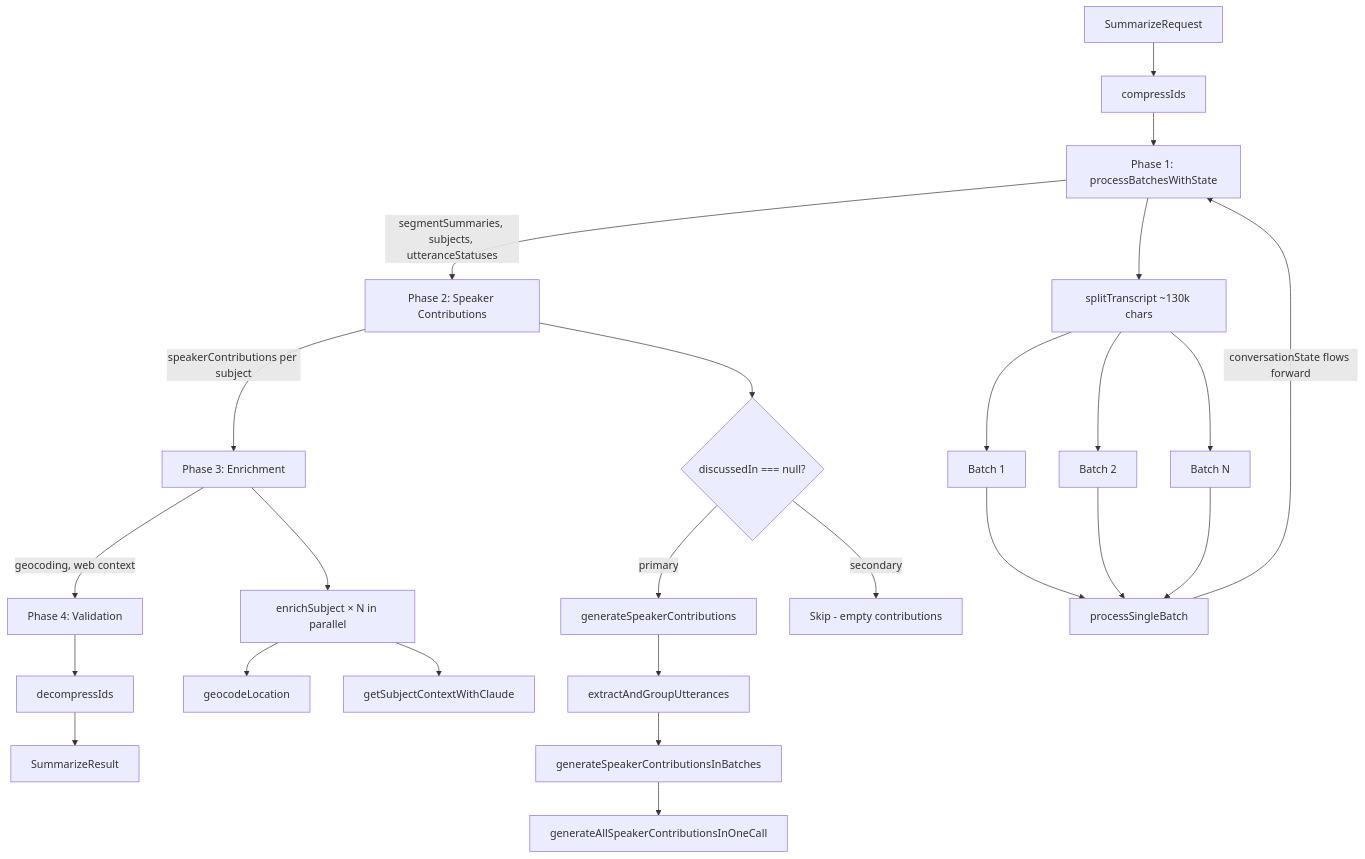
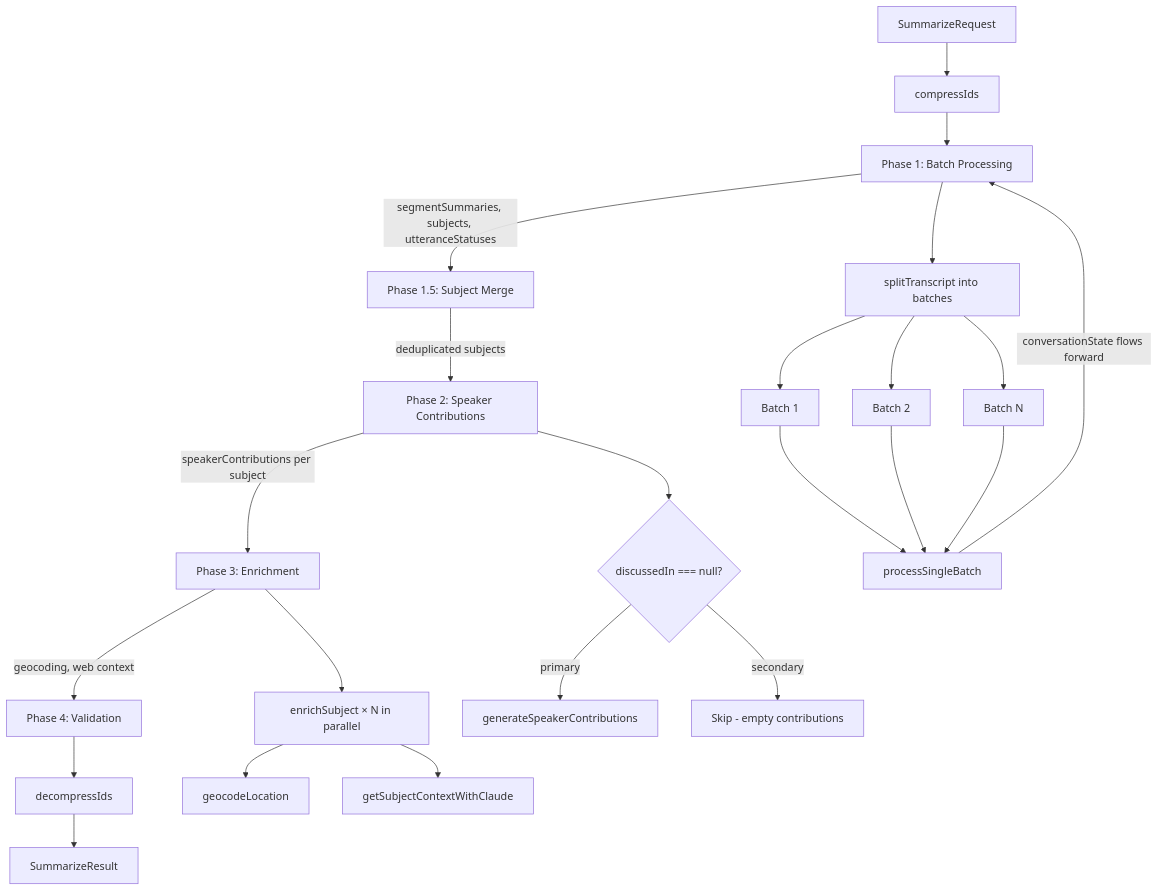
The diagram in docs/summarize.md (schemalabz/opencouncil-tasks), drawn with Mermaid before and after one commit. The commit also changed other lines of this file and 11 other files, not shown here.

````diff
--- a/docs/summarize.md
+++ b/docs/summarize.md
@@ -17,30 +11,28 @@
 ```mermaid
 flowchart TD
   A[SummarizeRequest] --> B[compressIds]
-  B --> C[Phase 1: processBatchesWithState]
-  C --> |segmentSummaries, subjects, utteranceStatuses| D[Phase 2: Speaker Contributions]
+  B --> C[Phase 1: Batch Processing]
+  C --> |segmentSummaries, subjects, utteranceStatuses| M[Phase 1.5: Subject Merge]
+  M --> |deduplicated subjects| D[Phase 2: Speaker Contributions]
   D --> |speakerContributions per subject| E[Phase 3: Enrichment]
   E --> |geocoding, web context| F[Phase 4: Validation]
   F --> G[decompressIds]
   G --> H[SummarizeResult]
 
-  C --> C1[splitTranscript ~130k chars]
+  C --> C1[splitTranscript into batches]
   C1 --> C2[Batch 1]
   C1 --> C3[Batch 2]
   C1 --> C4[Batch N]
   C2 --> C5[processSingleBatch]
   C3 --> C5
   C4 --> C5
   C5 --> |conversationState flows forward| C
 
   D --> D1{discussedIn === null?}
   D1 -- primary --> D2[generateSpeakerContributions]
   D1 -- secondary --> D3[Skip - empty contributions]
-  D2 --> D4[extractAndGroupUtterances]
-  D4 --> D5[generateSpeakerContributionsInBatches]
-  D5 --> D6[generateAllSpeakerContributionsInOneCall]
 
   E --> E1[enrichSubject × N in parallel]
   E1 --> E2[geocodeLocation]
   E1 --> E3[getSubjectContextWithClaude]
 ```
````
